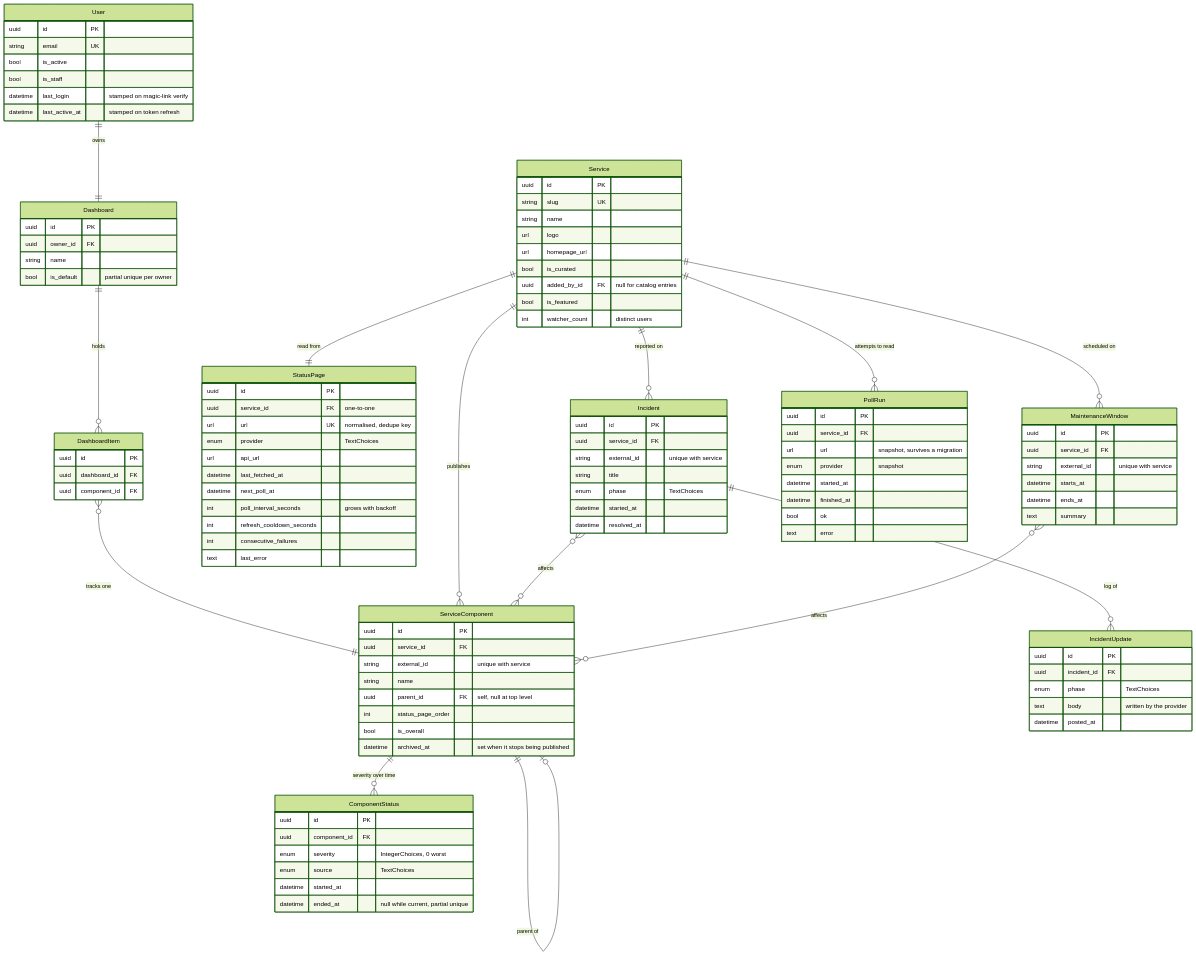
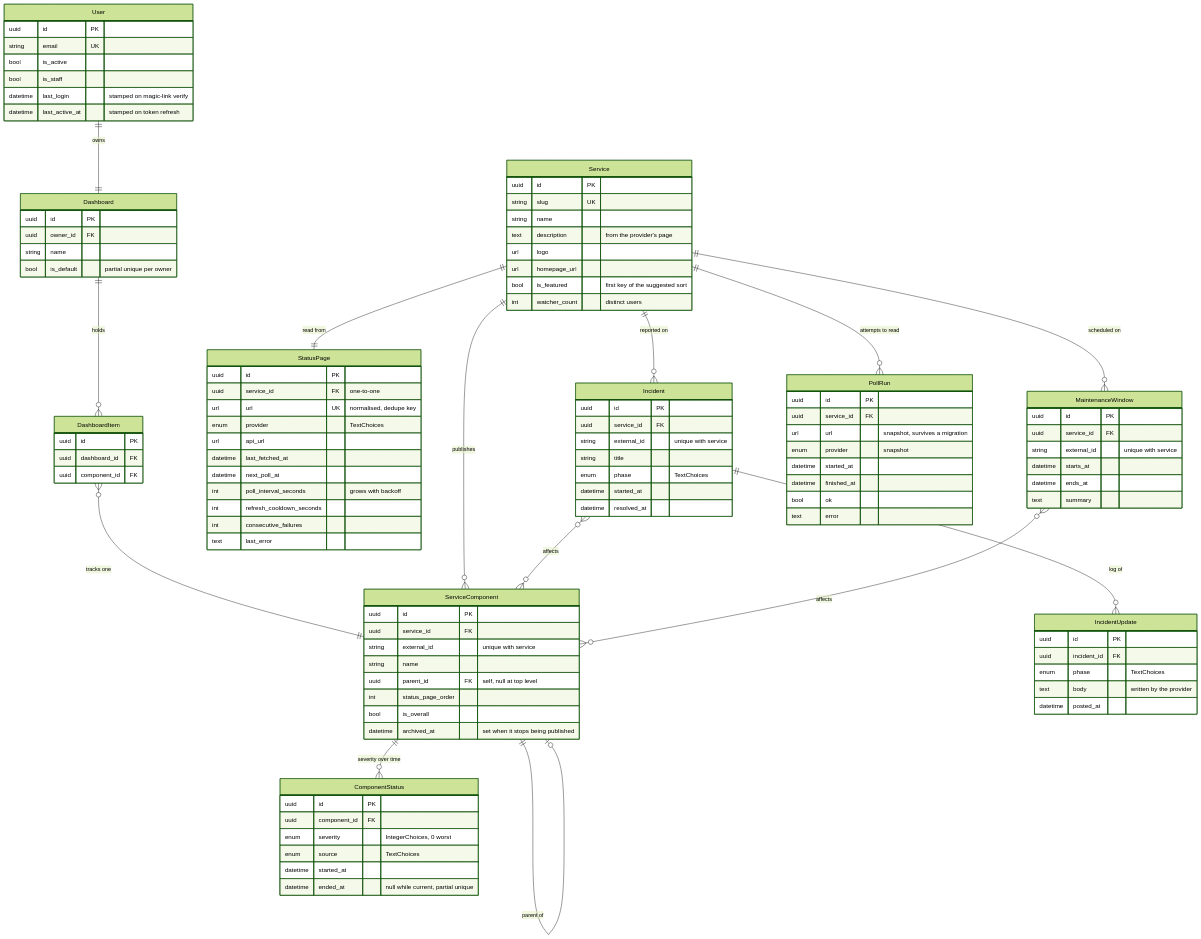
One commit to thalida/statusboard changed the second of 2 diagrams in docs/specs/2026-08-23-statusboard-design.md. Above: the diagram before and after it, drawn with Mermaid (forest theme). The commit also changed other lines of this file and 2 other files, not shown here.

```diff
--- a/docs/specs/2026-08-23-statusboard-design.md
+++ b/docs/specs/2026-08-23-statusboard-design.md
@@ -127,11 +127,10 @@
         uuid id PK
         string slug UK
         string name
+        text description "from the provider's page"
         url logo
         url homepage_url
-        bool is_curated
-        uuid added_by_id FK "null for catalog entries"
-        bool is_featured
+        bool is_featured "first key of the suggested sort"
         int watcher_count "distinct users"
     }
     StatusPage {
```
